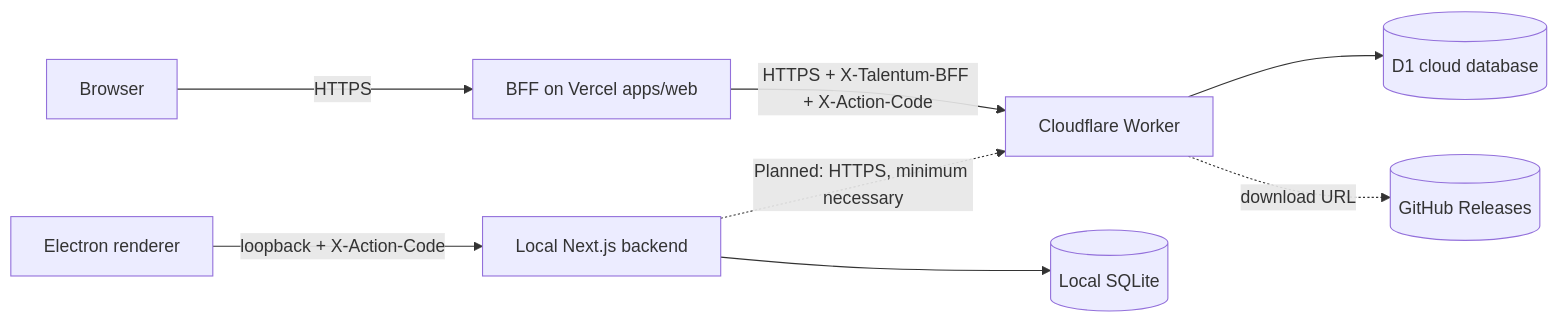
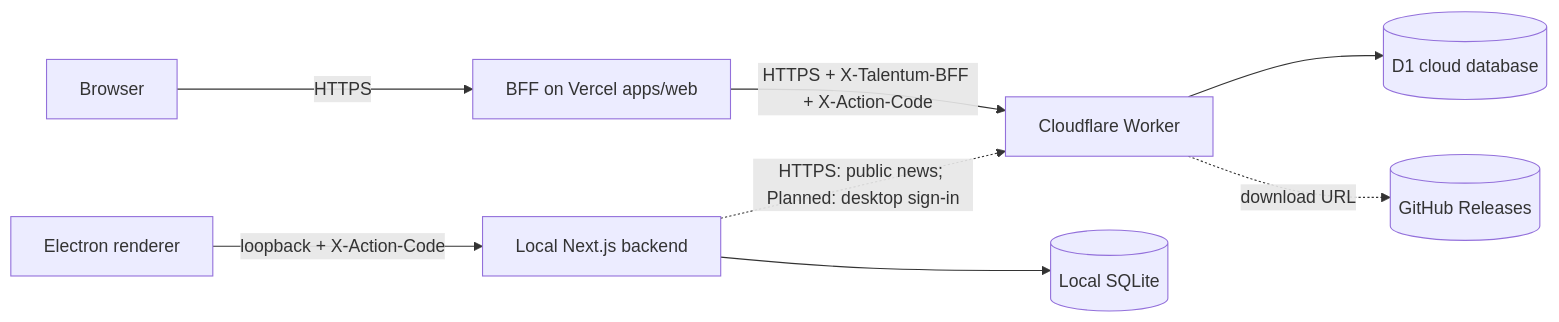
Before and after one commit to luizfelipe-pacifico/talentum: the first of 8 diagrams in docs/ARCHITECTURE.md, drawn with Mermaid. The commit also changed other lines of this file and 411 other files, not shown here.

````diff
--- a/docs/ARCHITECTURE.md
+++ b/docs/ARCHITECTURE.md
@@ -25,10 +25,10 @@
 ```mermaid
 flowchart LR
     B[Browser] -->|HTTPS| BFF[BFF on Vercel apps/web]
     BFF -->|HTTPS + X-Talentum-BFF + X-Action-Code| W[Cloudflare Worker]
     W --> CD[(D1 cloud database)]
     W -.->|download URL| GR[(GitHub Releases)]
     EUI[Electron renderer] -->|loopback + X-Action-Code| EB[Local Next.js backend]
     EB --> LD[(Local SQLite)]
-    EB -.->|Planned: HTTPS, minimum necessary| W
+    EB -.->|HTTPS: public news; Planned: desktop sign-in| W
 ```
````
